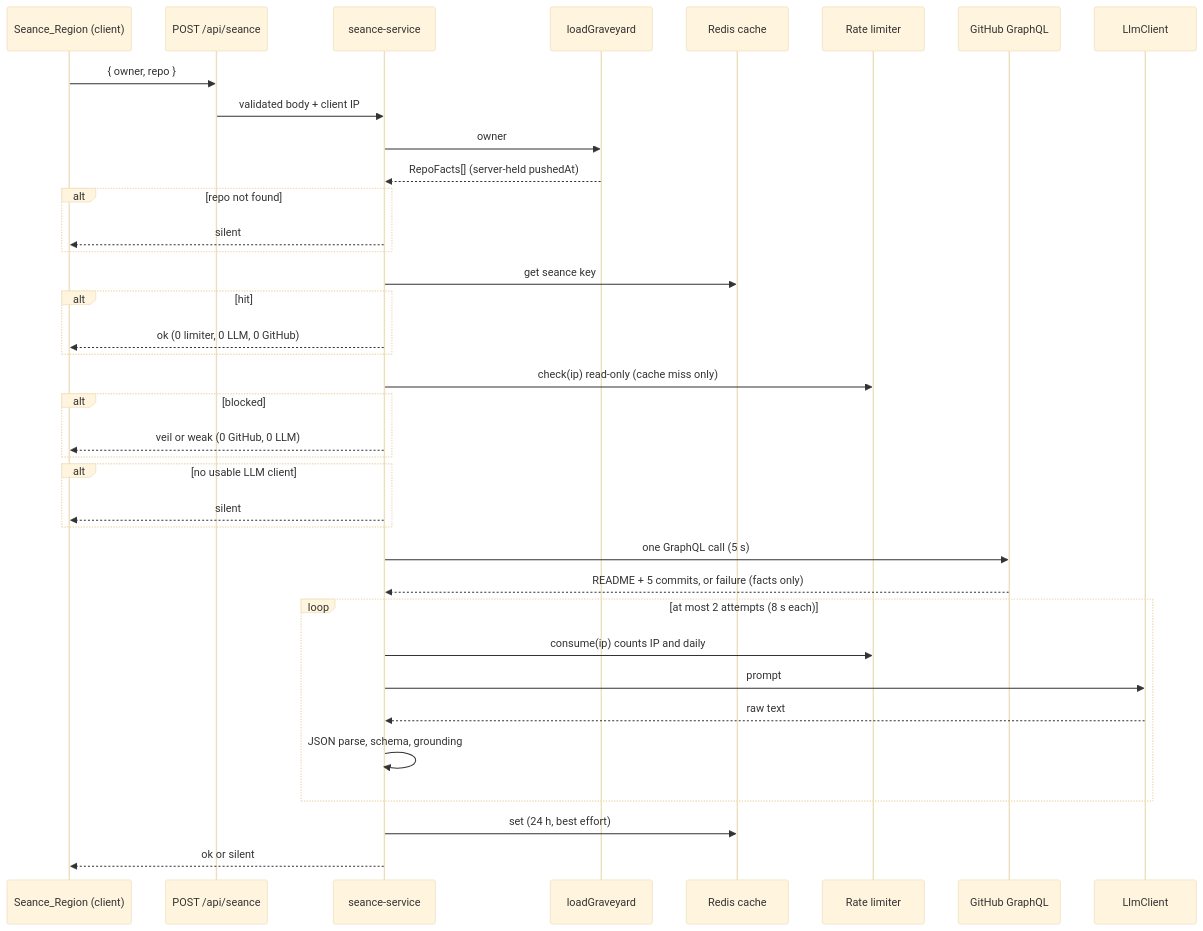
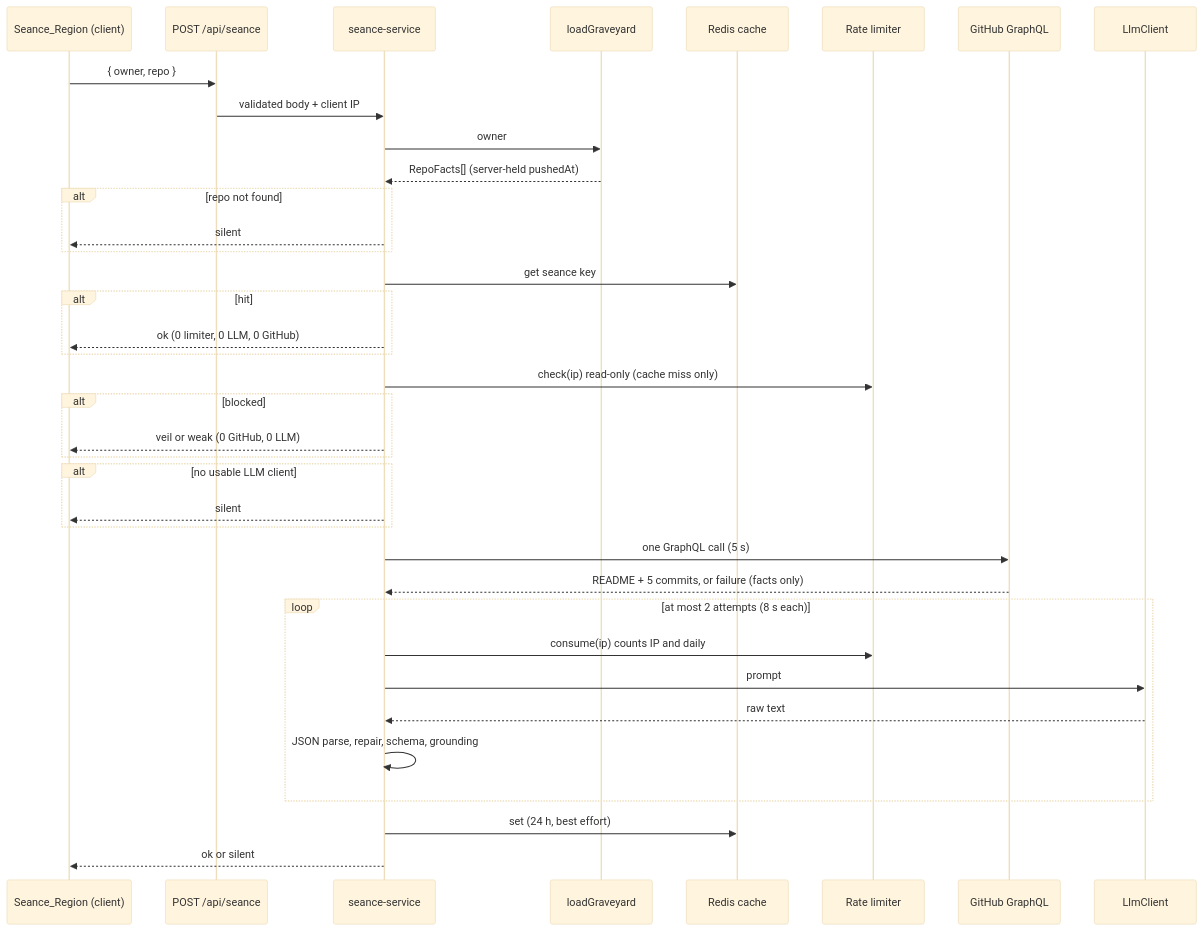
The first of 2 diagrams in .kiro/specs/the-seance/design.md (be4glebot/repo-graveyard), drawn with Mermaid (base theme) before and after one commit. The commit also changed other lines of this file and 32 other files, not shown here.

Commit message:
Seance: repair-over-reject, forgiving grounding, retry feedback (cache v6)

````diff
--- a/.kiro/specs/the-seance/design.md
+++ b/.kiro/specs/the-seance/design.md
@@ -66,40 +66,40 @@
 ```mermaid
 sequenceDiagram
     participant UI as Seance_Region (client)
     participant API as POST /api/seance
     participant SVC as seance-service
     participant LDR as loadGraveyard
     participant C as Redis cache
     participant RL as Rate limiter
     participant GH as GitHub GraphQL
     participant LLM as LlmClient
 
     UI->>API: { owner, repo }
     API->>SVC: validated body + client IP
     SVC->>LDR: owner
     LDR-->>SVC: RepoFacts[] (server-held pushedAt)
     alt repo not found
         SVC-->>UI: silent
     end
     SVC->>C: get seance key
     alt hit
         SVC-->>UI: ok (0 limiter, 0 LLM, 0 GitHub)
     end
     SVC->>RL: check(ip) read-only (cache miss only)
     alt blocked
         SVC-->>UI: veil or weak (0 GitHub, 0 LLM)
     end
     alt no usable LLM client
         SVC-->>UI: silent
     end
     SVC->>GH: one GraphQL call (5 s)
     GH-->>SVC: README + 5 commits, or failure (facts only)
     loop at most 2 attempts (8 s each)
         SVC->>RL: consume(ip) counts IP and daily
         SVC->>LLM: prompt
         LLM-->>SVC: raw text
-        SVC->>SVC: JSON parse, schema, grounding
+        SVC->>SVC: JSON parse, repair, schema, grounding
     end
     SVC->>C: set (24 h, best effort)
     SVC-->>UI: ok or silent
 ```
````
